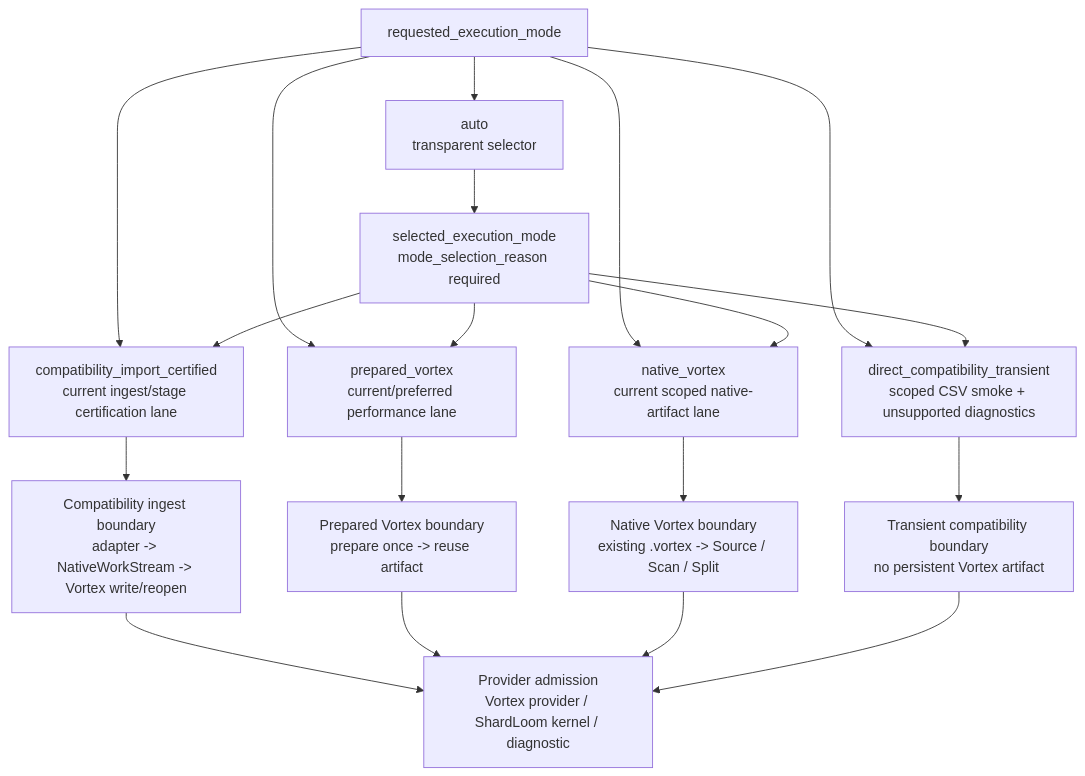
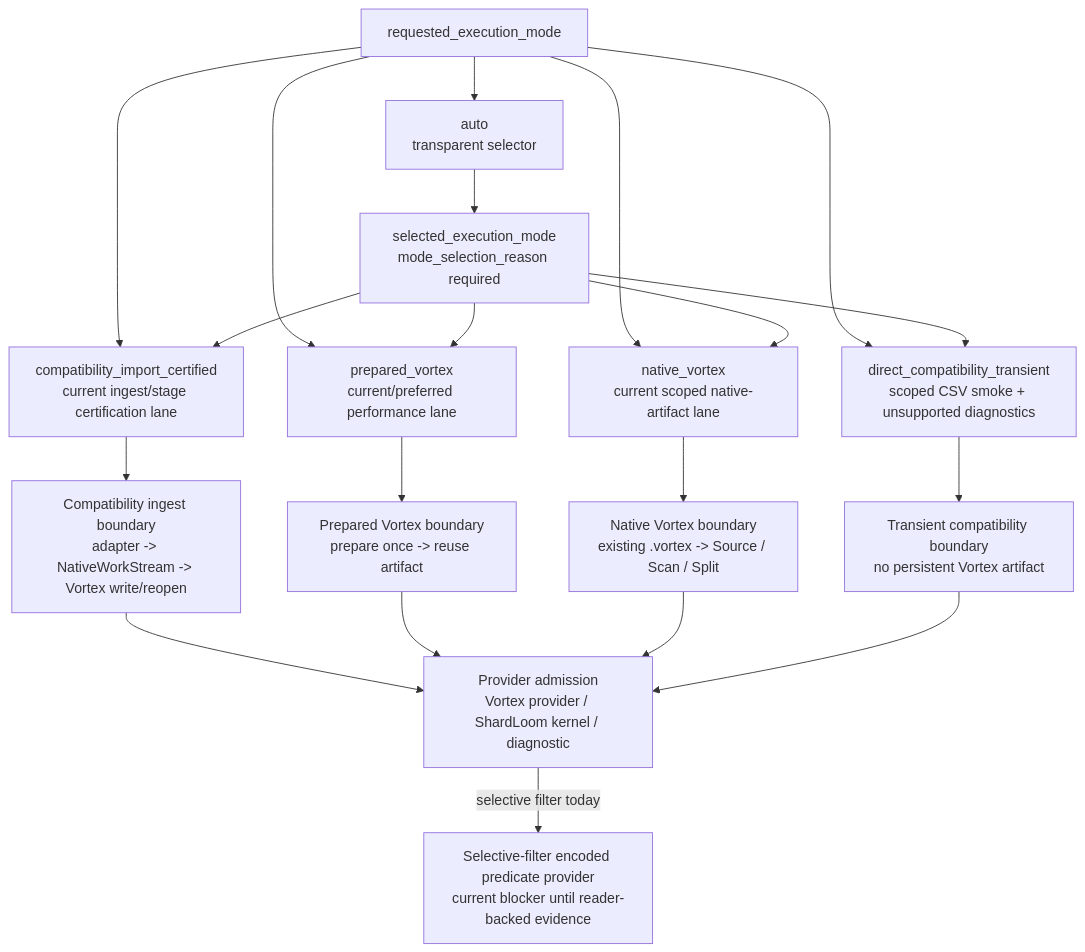
Before and after one commit to depsilon/shardloom: the third of 6 diagrams in docs/architecture/compute-engine-flow-reference.md, drawn with Mermaid. The commit also changed other lines of this file and 9 other files, not shown here.

Commit message:
Add selective filter encoded predicate blocker (#608)

````diff
--- a/docs/architecture/compute-engine-flow-reference.md
+++ b/docs/architecture/compute-engine-flow-reference.md
@@ -208,33 +208,35 @@
 ```mermaid
 flowchart TD
     REQUESTED["requested_execution_mode"]
     AUTO["auto<br/>transparent selector"]
     SELECTED["selected_execution_mode<br/>mode_selection_reason required"]
 
     COMPAT["compatibility_import_certified<br/>current ingest/stage certification lane"]
     PREPARED["prepared_vortex<br/>current/preferred performance lane"]
     NATIVE["native_vortex<br/>current scoped native-artifact lane"]
     DIRECT["direct_compatibility_transient<br/>scoped CSV smoke + unsupported diagnostics"]
 
     COMPAT_BOUNDARY["Compatibility ingest boundary<br/>adapter -> NativeWorkStream -> Vortex write/reopen"]
     PREPARED_BOUNDARY["Prepared Vortex boundary<br/>prepare once -> reuse artifact"]
     NATIVE_BOUNDARY["Native Vortex boundary<br/>existing .vortex -> Source / Scan / Split"]
     DIRECT_BOUNDARY["Transient compatibility boundary<br/>no persistent Vortex artifact"]
 
     PROVIDER["Provider admission<br/>Vortex provider / ShardLoom kernel / diagnostic"]
+    SELECTIVE_BLOCKER["Selective-filter encoded predicate provider<br/>current blocker until reader-backed evidence"]
 
     REQUESTED --> AUTO --> SELECTED
     REQUESTED --> COMPAT
     REQUESTED --> PREPARED
     REQUESTED --> NATIVE
     REQUESTED --> DIRECT
     SELECTED --> COMPAT
     SELECTED --> PREPARED
     SELECTED --> NATIVE
     SELECTED --> DIRECT
 
     COMPAT --> COMPAT_BOUNDARY --> PROVIDER
     PREPARED --> PREPARED_BOUNDARY --> PROVIDER
     NATIVE --> NATIVE_BOUNDARY --> PROVIDER
     DIRECT --> DIRECT_BOUNDARY --> PROVIDER
+    PROVIDER -->|"selective filter today"| SELECTIVE_BLOCKER
 ```
````
